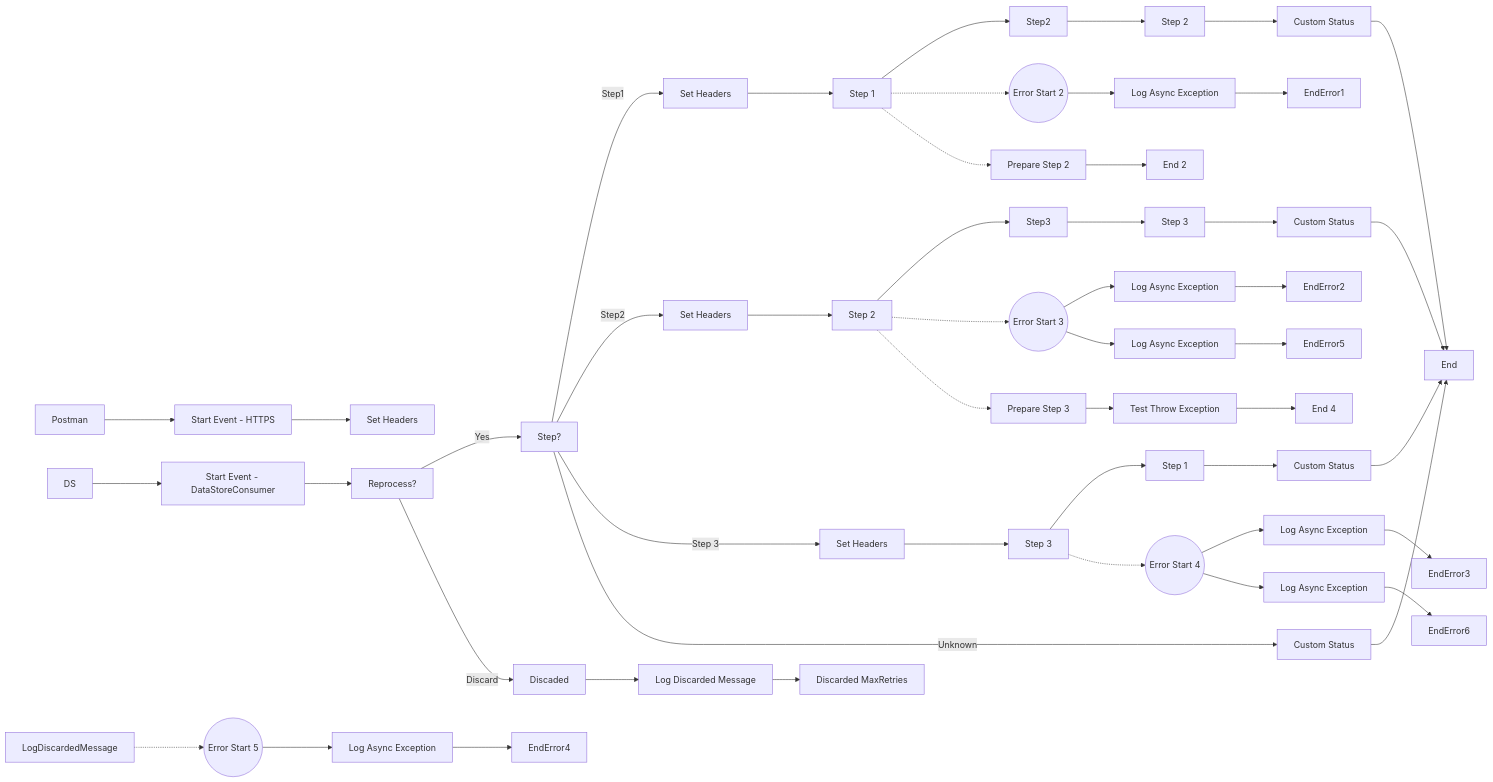
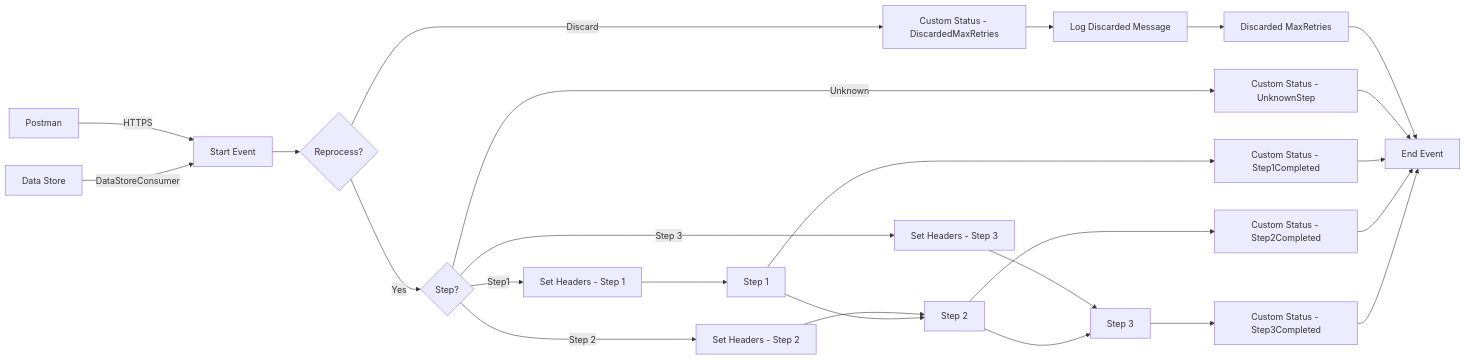
Before and after one commit to Avvale-IA-CICD/AvvaleCPI: the diagram in MMZ - Cell Iflows/SEDA_Model_-_Single_DS_-_Restart_and_Discard_MMZ-1.0.1/readme.md, drawn with Mermaid. The commit also changed other lines of this file, not shown here.

Commit message:
Add/update documentation for SEDA_Model_-_Single_DS_-_Restart_and_Discard_MMZ v1.0.1

````diff
--- a/MMZ - Cell Iflows/SEDA_Model_-_Single_DS_-_Restart_and_Discard_MMZ-1.0.1/readme.md
+++ b/MMZ - Cell Iflows/SEDA_Model_-_Single_DS_-_Restart_and_Discard_MMZ-1.0.1/readme.md
@@ -5,51 +4,53 @@
 ```mermaid
 graph LR
-    Postman --> HTTPS[Start Event - HTTPS]
-    DS --> DataStoreConsumer[Start Event - DataStoreConsumer]
-    HTTPS --> SetHeaders0[Set Headers]
-    DataStoreConsumer --> Reprocess[Reprocess?]
-    Reprocess -- Yes --> StepGateway[Step?]
-    Reprocess -- Discard --> Discarded[Discaded]
-    Discarded --> LogDiscarded[Log Discarded Message]
-    LogDiscarded --> DiscardedMaxRetries[Discarded MaxRetries]
-    StepGateway -- Step1 --> SetHeaders1[Set Headers]
-    StepGateway -- Step2 --> SetHeaders2[Set Headers]
-    StepGateway -- Step 3 --> SetHeaders3[Set Headers]
-    StepGateway -- Unknown --> UnknownStep[Custom Status]
-    SetHeaders1 --> Step1[Step 1]
-    SetHeaders2 --> Step2[Step 2]
-    SetHeaders3 --> Step3[Step 3]
-    Step1 --> Step2Storage[Step2]
-    Step2 --> Step3Storage[Step3]
-    Step3 --> Step1Process[Step 1]
-    Step2Storage --> Step2Process[Step 2]
-    Step3Storage --> Step3Process[Step 3]
-    Step1Process --> Step1Status[Custom Status]
-    Step2Process --> Step2Status[Custom Status]
-    Step3Process --> Step3Status[Custom Status]
-    Step1Status --> End
-    Step2Status --> End
-    Step3Status --> End
-    UnknownStep --> End
-    Step1Exception --> LogAsyncException1[Log Async Exception]
-    Step2Exception --> LogAsyncException2[Log Async Exception]
-    Step3Exception --> LogAsyncException3[Log Async Exception]
-    LogAsyncException1 --> EndError1
-    LogAsyncException2 --> EndError2
-    LogAsyncException3 --> EndError3
-    Step1 -.-> Step1Exception((Error Start 2))
-    Step2 -.-> Step2Exception((Error Start 3))
-    Step3 -.-> Step3Exception((Error Start 4))
-    Step1 -.-> PrepareStep2[Prepare Step 2]
-    Step2 -.-> PrepareStep3[Prepare Step 3]
-    PrepareStep2 --> Step2End[End 2]
-    PrepareStep3 --> TestThrowException[Test Throw Exception]
-    TestThrowException --> Step3End[End 4]
-    LogDiscardedMessage -.-> TriggerException((Error Start 5))
-    TriggerException --> LogAsyncException4[Log Async Exception]
-    LogAsyncException4 --> EndError4
-    Step2Exception --> LogAsyncException5[Log Async Exception]
-    Step3Exception --> LogAsyncException6[Log Async Exception]
-    LogAsyncException5 --> EndError5
-    LogAsyncException6 --> EndError6
+    Postman[Postman]
+    DS[Data Store]
+    StartEvent[Start Event]
+    ReprocessGateway{Reprocess?}
+    StepGateway{Step?}
+    Step1SetHeaders[Set Headers - Step 1]
+    Step2SetHeaders[Set Headers - Step 2]
+    Step3SetHeaders[Set Headers - Step 3]
+    Step1[Step 1]
+    Step2[Step 2]
+    Step3[Step 3]
+    Step1CustomStatus[Custom Status - Step1Completed]
+    Step2CustomStatus[Custom Status - Step2Completed]
+    Step3CustomStatus[Custom Status - Step3Completed]
+    UnknownStepCustomStatus[Custom Status - UnknownStep]
+    DiscardedCustomStatus[Custom Status - DiscardedMaxRetries]
+    LogDiscardedMessage[Log Discarded Message]
+    EndEvent[End Event]
+    DiscardedMaxRetries[Discarded MaxRetries]
+
+    Postman -- HTTPS --> StartEvent
+    DS -- DataStoreConsumer --> StartEvent
+    StartEvent --> ReprocessGateway
+
+    ReprocessGateway -- Yes --> StepGateway
+    ReprocessGateway -- Discard --> DiscardedCustomStatus
+    DiscardedCustomStatus --> LogDiscardedMessage
+    LogDiscardedMessage --> DiscardedMaxRetries
+    DiscardedMaxRetries --> EndEvent
+
+    StepGateway -- Step1 --> Step1SetHeaders
+    StepGateway -- Step 2 --> Step2SetHeaders
+    StepGateway -- Step 3 --> Step3SetHeaders
+    StepGateway -- Unknown --> UnknownStepCustomStatus
+    UnknownStepCustomStatus --> EndEvent
+
+    Step1SetHeaders --> Step1
+    Step2SetHeaders --> Step2
+    Step3SetHeaders --> Step3
+
+    Step1 --> Step2
+    Step2 --> Step3
+    Step3 --> Step3CustomStatus
+
+    Step2 --> Step2CustomStatus
+    Step1 --> Step1CustomStatus
+
+    Step1CustomStatus --> EndEvent
+    Step2CustomStatus --> EndEvent
+    Step3CustomStatus --> EndEvent
 ```
````
